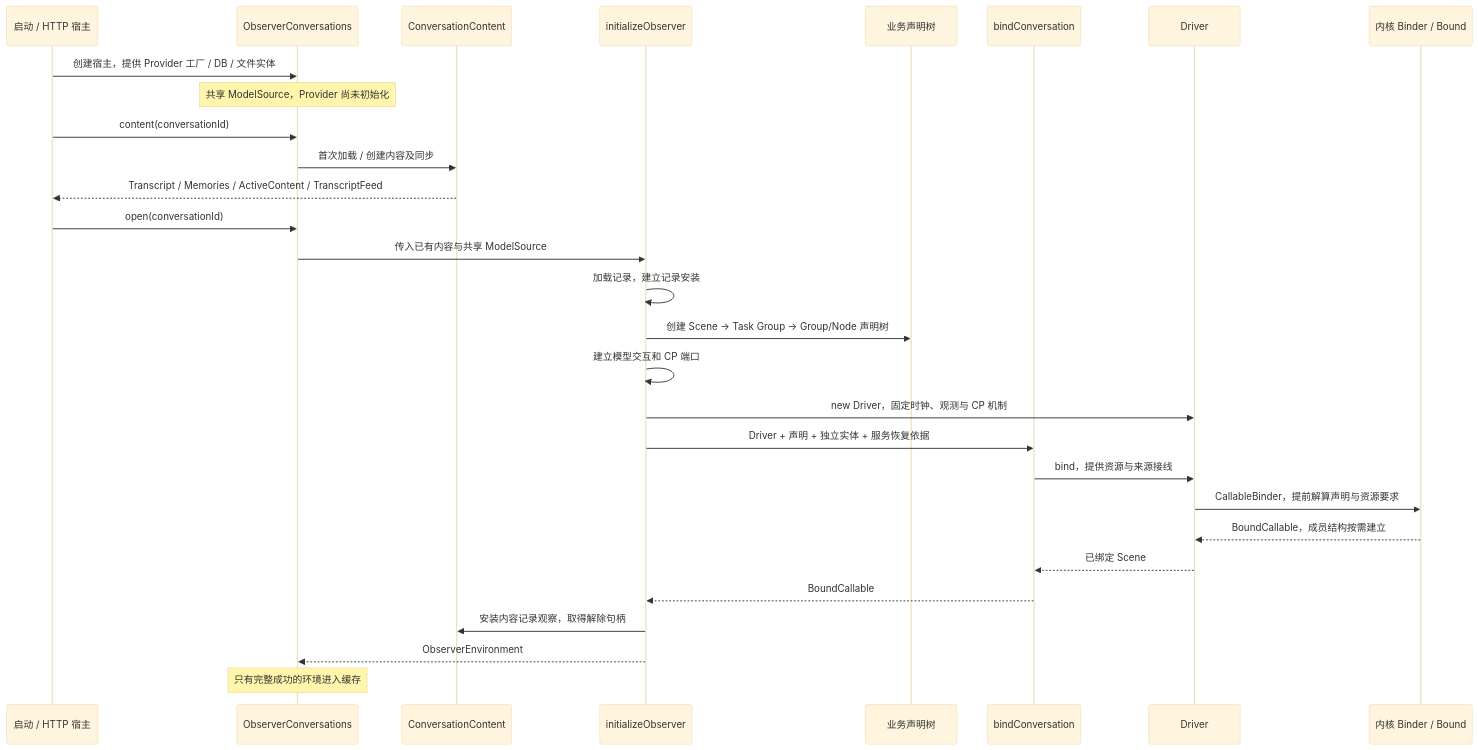
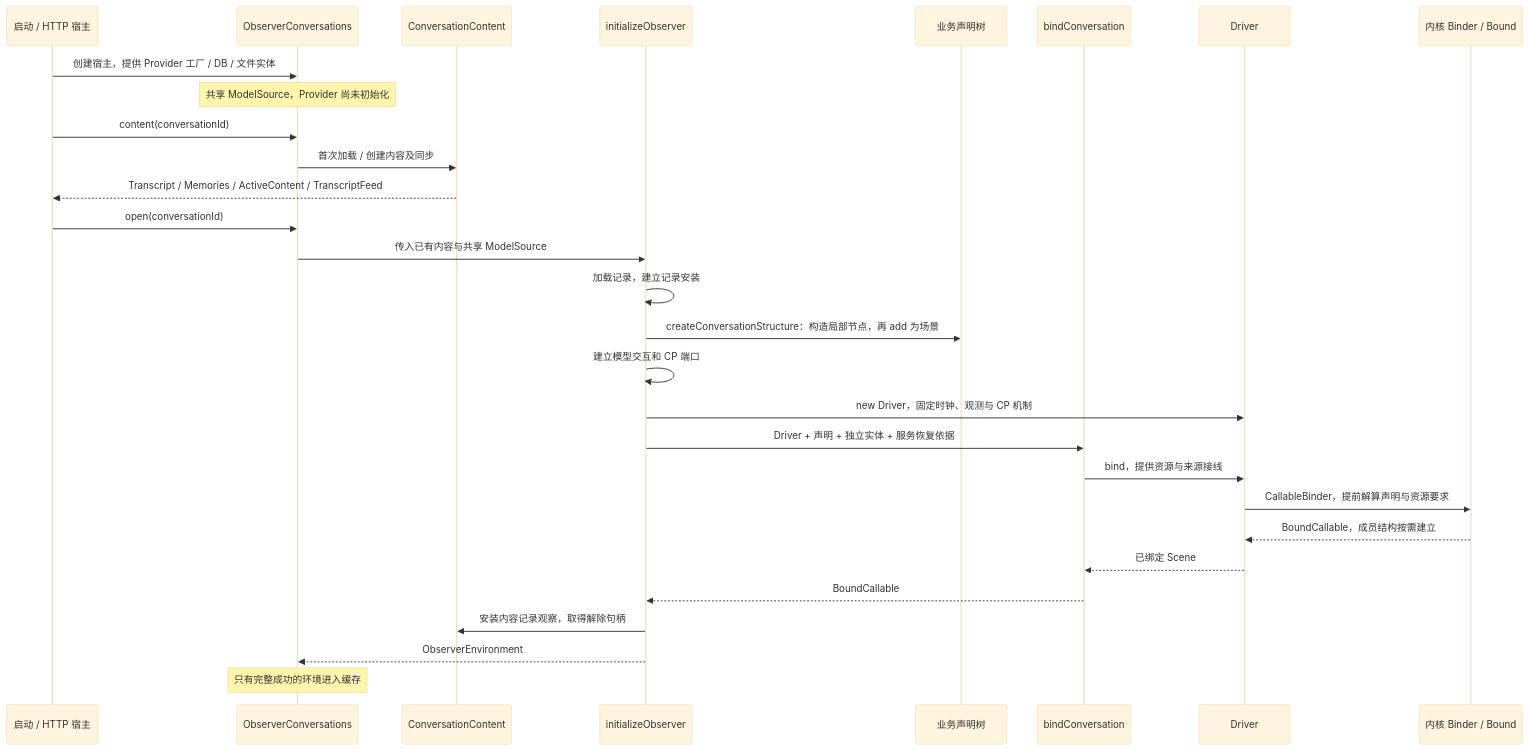
One commit to weiliang0121/capix changed the first of 2 diagrams in docs/service-assembly.md. Above: the diagram before and after it, drawn with Mermaid (base theme). The commit also changed other lines of this file and 145 other files, not shown here.

````diff
--- a/docs/service-assembly.md
+++ b/docs/service-assembly.md
@@ -22,31 +22,31 @@
 ```mermaid
 sequenceDiagram
     participant App as 启动 / HTTP 宿主
     participant Host as ObserverConversations
     participant Content as ConversationContent
     participant Init as initializeObserver
     participant Def as 业务声明树
     participant Bind as bindConversation
     participant Driver as Driver
     participant Kernel as 内核 Binder / Bound
     App->>Host: 创建宿主，提供 Provider 工厂 / DB / 文件实体
     Note over Host: 共享 ModelSource，Provider 尚未初始化
     App->>Host: content(conversationId)
     Host->>Content: 首次加载 / 创建内容及同步
     Content-->>App: Transcript / Memories / ActiveContent / TranscriptFeed
     App->>Host: open(conversationId)
     Host->>Init: 传入已有内容与共享 ModelSource
     Init->>Init: 加载记录，建立记录安装
-    Init->>Def: 创建 Scene → Task Group → Group/Node 声明树
+    Init->>Def: createConversationStructure：构造局部节点，再 add 为场景
     Init->>Init: 建立模型交互和 CP 端口
     Init->>Driver: new Driver，固定时钟、观测与 CP 机制
     Init->>Bind: Driver + 声明 + 独立实体 + 服务恢复依据
     Bind->>Driver: bind，提供资源与来源接线
     Driver->>Kernel: CallableBinder，提前解算声明与资源要求
     Kernel-->>Driver: BoundCallable，成员结构按需建立
     Driver-->>Bind: 已绑定 Scene
     Bind-->>Init: BoundCallable
     Init->>Content: 安装内容记录观察，取得解除句柄
     Init-->>Host: ObserverEnvironment
     Note over Host: 只有完整成功的环境进入缓存
 ```
````
